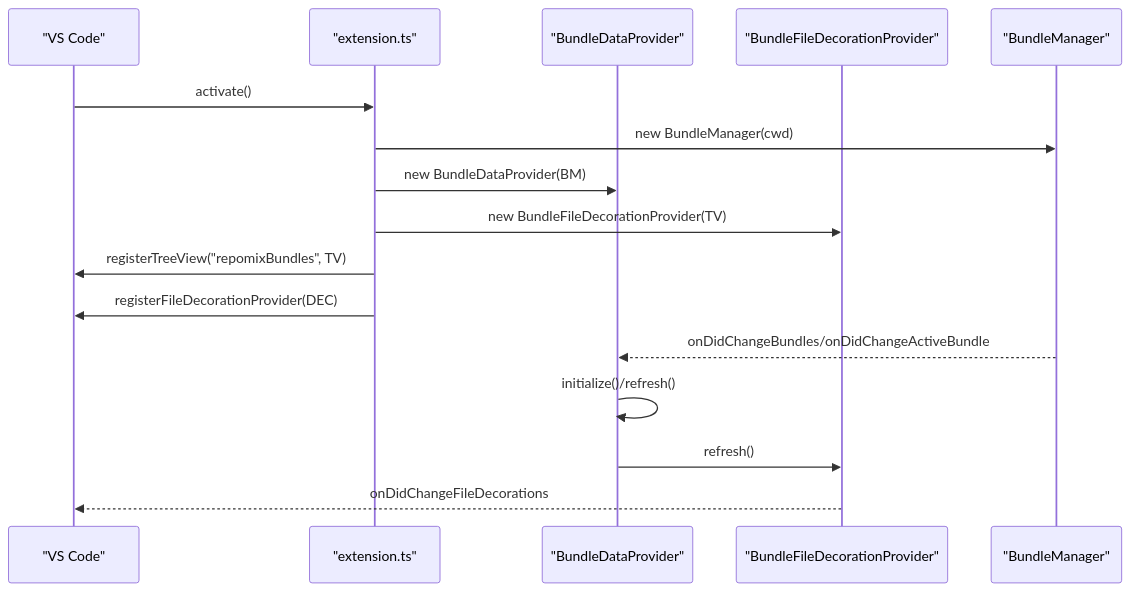
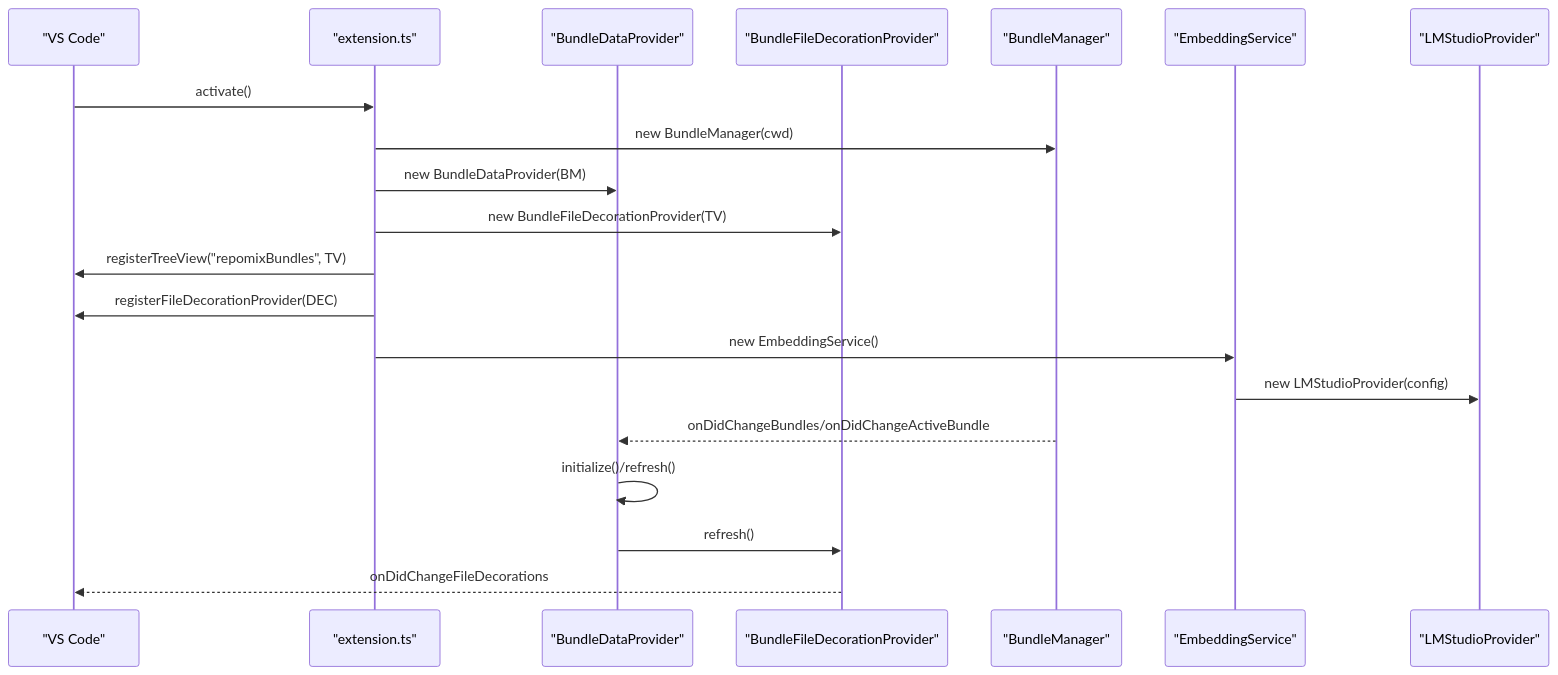
One commit to bramburn/repomix-runner changed the second of 11 diagrams in .qoder/repowiki/en/content/Storage System/Provider Patterns and Integration.md. Above: the diagram before and after it, drawn with Mermaid. The commit also changed other lines of this file and 19 other files, not shown here.

````diff
--- a/.qoder/repowiki/en/content/Storage System/Provider Patterns and Integration.md
+++ b/.qoder/repowiki/en/content/Storage System/Provider Patterns and Integration.md
@@ -116,18 +156,22 @@
 ```mermaid
 sequenceDiagram
 participant VS as "VS Code"
 participant EXT as "extension.ts"
 participant TV as "BundleDataProvider"
 participant DEC as "BundleFileDecorationProvider"
 participant BM as "BundleManager"
+participant ETS as "EmbeddingService"
+participant LMP as "LMStudioProvider"
 VS->>EXT : activate()
 EXT->>BM : new BundleManager(cwd)
 EXT->>TV : new BundleDataProvider(BM)
 EXT->>DEC : new BundleFileDecorationProvider(TV)
 EXT->>VS : registerTreeView("repomixBundles", TV)
 EXT->>VS : registerFileDecorationProvider(DEC)
+EXT->>ETS : new EmbeddingService()
+ETS->>LMP : new LMStudioProvider(config)
 BM-->>TV : onDidChangeBundles/onDidChangeActiveBundle
 TV->>TV : initialize()/refresh()
 TV->>DEC : refresh()
 DEC-->>VS : onDidChangeFileDecorations
 ```
````
